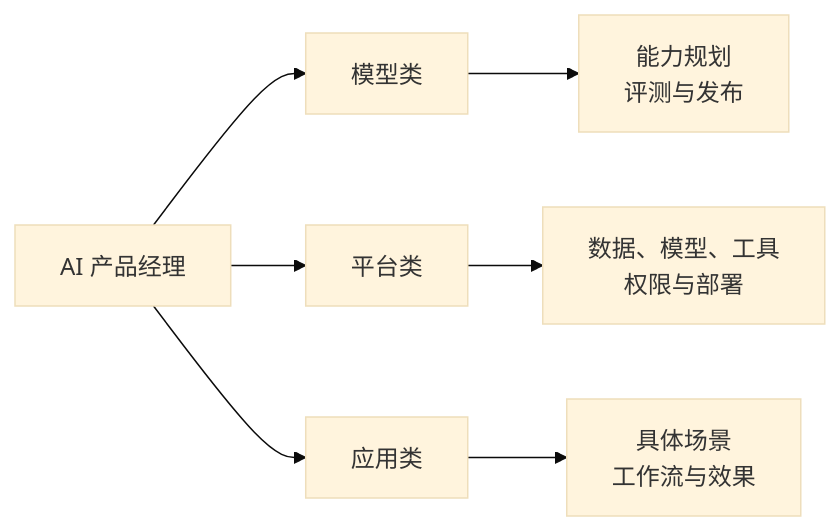
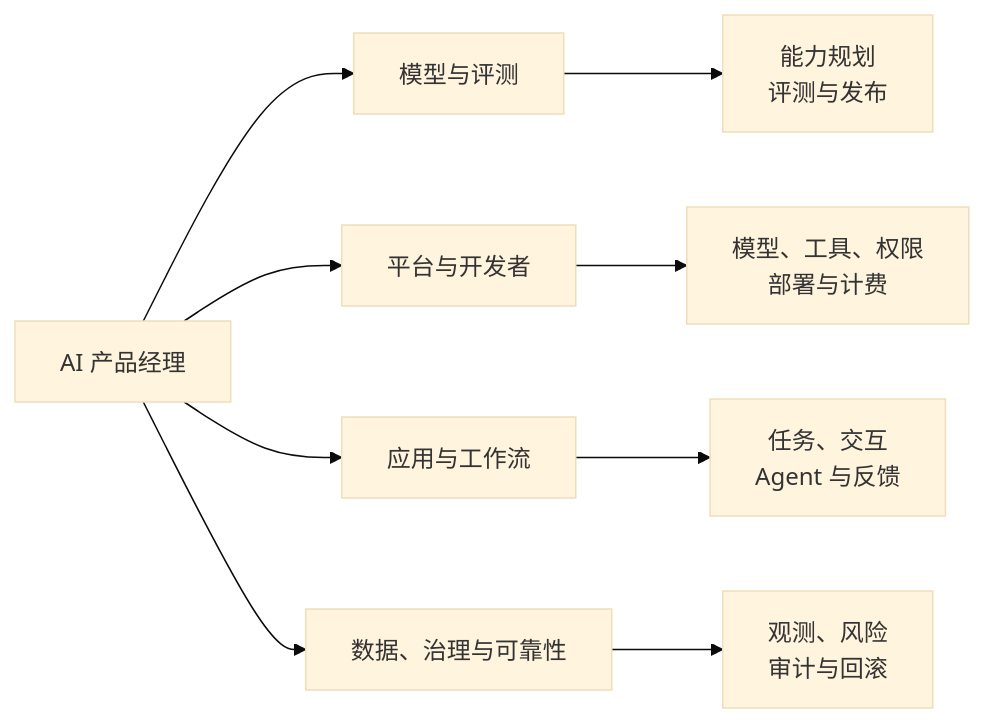
The second of 4 diagrams in docs/intro/product-manager-types.md (AI-PM-Wiki/AIPM), drawn with Mermaid (base theme) before and after one commit. The commit also changed other lines of this file and 26 other files, not shown here.

````diff
--- a/docs/intro/product-manager-types.md
+++ b/docs/intro/product-manager-types.md
@@ -35,10 +37,12 @@
 ```mermaid
 flowchart LR
     aipm[AI 产品经理]
-    aipm --> model[模型类]
-    aipm --> platform[平台类]
-    aipm --> app[应用类]
+    aipm --> model[模型与评测]
+    aipm --> platform[平台与开发者]
+    aipm --> app[应用与工作流]
+    aipm --> governance[数据、治理与可靠性]
     model --> model_work[能力规划<br/>评测与发布]
-    platform --> platform_work[数据、模型、工具<br/>权限与部署]
-    app --> app_work[具体场景<br/>工作流与效果]
+    platform --> platform_work[模型、工具、权限<br/>部署与计费]
+    app --> app_work[任务、交互<br/>Agent 与反馈]
+    governance --> governance_work[观测、风险<br/>审计与回滚]
 ```
````
